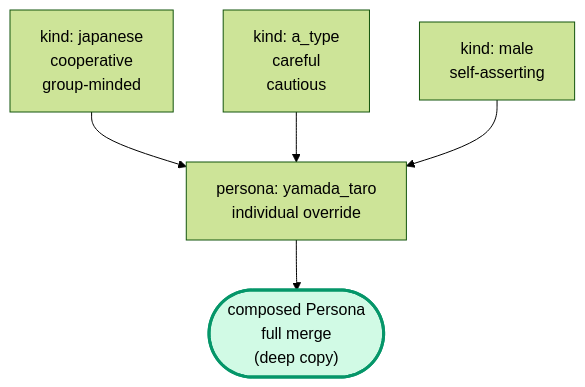
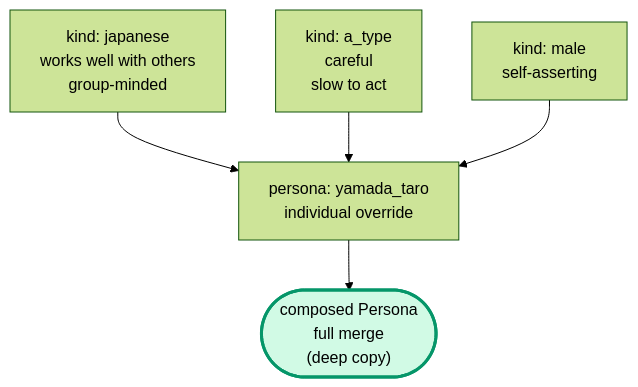
Before and after one commit to hiroxpepe/animo: diagram 12 of 56 in docs/animo_spec.md, drawn with Mermaid (forest theme). The commit also changed other lines of this file, not shown here.

Commit message:
fix: Update the mermaid diagram text to fit Basic English

````diff
--- a/docs/animo_spec.md
+++ b/docs/animo_spec.md
@@ -680,13 +680,13 @@
 ```mermaid
 flowchart TB
-  K1["kind: japanese<br/>cooperative<br/>group-minded"]
-  K2["kind: a_type<br/>careful<br/>cautious"]
+  K1["kind: japanese<br/>works well with others<br/>group-minded"]
+  K2["kind: a_type<br/>careful<br/>slow to act"]
   K3["kind: male<br/>self-asserting"]
   P["persona: yamada_taro<br/>individual override"]
   Result(["composed Persona<br/>full merge<br/>(deep copy)"])
   K1 --> P
   K2 --> P
   K3 --> P
   P --> Result
   style Result fill:#d1fae5,stroke:#059669,stroke-width:3px
 ```
````
